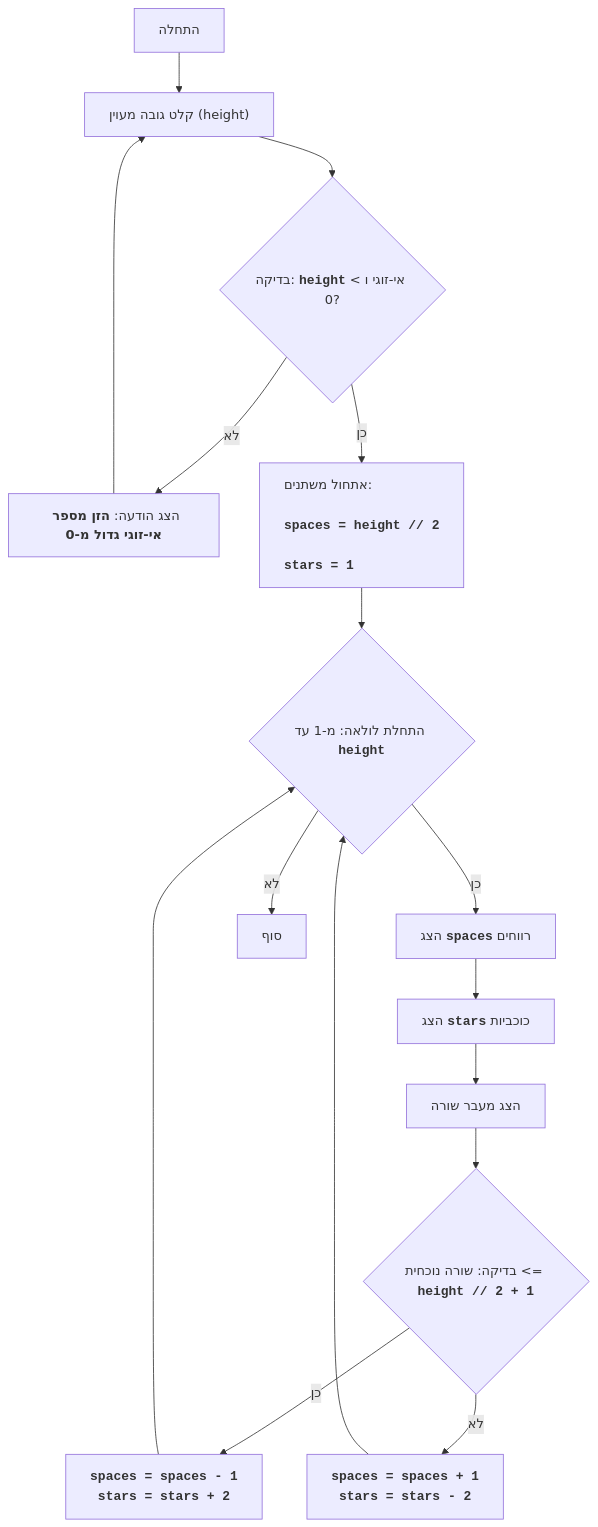
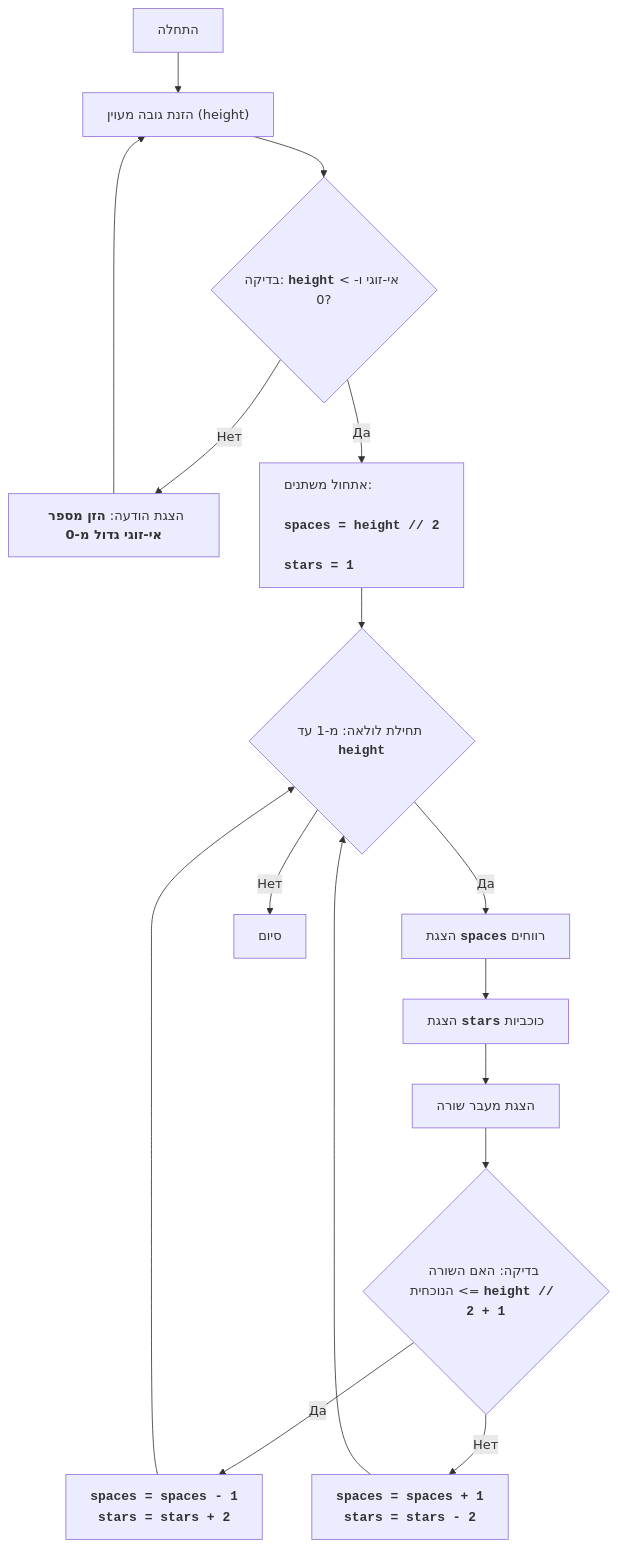
The diagram in code/UNSORTED/DIAMND/README.MD (hypo69/1001-python-he), drawn with Mermaid before and after one commit. The commit also changed other lines of this file and 869 other files, not shown here.

````diff
--- a/code/UNSORTED/DIAMND/README.MD
+++ b/code/UNSORTED/DIAMND/README.MD
@@ -31,22 +31,22 @@
 ```mermaid
 flowchart TD
-    Start["התחלה"] --> InputHeight["קלט גובה מעוין (height)"]
-    InputHeight --> CheckHeight{"בדיקה: <code><b>height</b></code> אי-זוגי ו > 0?"}
-    CheckHeight -- לא --> OutputError["הצג הודעה: <b>הזן מספר אי-זוגי גדול מ-0</b>"]
+    Start["התחלה"] --> InputHeight["הזנת גובה מעוין (height)"]
+    InputHeight --> CheckHeight{"בדיקה: <code><b>height</b></code> אי-זוגי ו- > 0?"}
+    CheckHeight -- Нет --> OutputError["הצגת הודעה: <b>הזן מספר אי-זוגי גדול מ-0</b>"]
     OutputError --> InputHeight
-    CheckHeight -- כן --> InitializeVars["<p align='left'>אתחול משתנים: 
+    CheckHeight -- Да --> InitializeVars["<p align='left'>אתחול משתנים: 
     <code><b>
     spaces = height // 2 <br>
     stars = 1
     </b></code></p>"]
-    InitializeVars --> LoopStart{"התחלת לולאה: מ-1 עד <code><b>height</b></code>"}
-    LoopStart -- כן --> OutputSpaces["הצג <code><b>spaces</b></code> רווחים"]
-    OutputSpaces --> OutputStars["הצג <code><b>stars</b></code> כוכביות"]
-     OutputStars --> OutputNewline["הצג מעבר שורה"]
-     OutputNewline --> CheckRow{"בדיקה: שורה נוכחית <= <code><b>height // 2 + 1</b></code>"}
-     CheckRow -- כן --> DecreaseSpaceIncreaseStars["<code><b>spaces = spaces - 1<br> stars = stars + 2</b></code>"]
+    InitializeVars --> LoopStart{"תחילת לולאה: מ-1 עד <code><b>height</b></code>"}
+    LoopStart -- Да --> OutputSpaces["הצגת <code><b>spaces</b></code> רווחים"]
+    OutputSpaces --> OutputStars["הצגת <code><b>stars</b></code> כוכביות"]
+     OutputStars --> OutputNewline["הצגת מעבר שורה"]
+     OutputNewline --> CheckRow{"בדיקה: האם השורה הנוכחית <= <code><b>height // 2 + 1</b></code>"}
+     CheckRow -- Да --> DecreaseSpaceIncreaseStars["<code><b>spaces = spaces - 1<br> stars = stars + 2</b></code>"]
      DecreaseSpaceIncreaseStars --> LoopStart
-     CheckRow -- לא --> IncreaseSpaceDecreaseStars["<code><b>spaces = spaces + 1<br> stars = stars - 2</b></code>"]
+     CheckRow -- Нет --> IncreaseSpaceDecreaseStars["<code><b>spaces = spaces + 1<br> stars = stars - 2</b></code>"]
      IncreaseSpaceDecreaseStars --> LoopStart
-     LoopStart -- לא --> End["סוף"]
+     LoopStart -- Нет --> End["סיום"]
 ```
````
